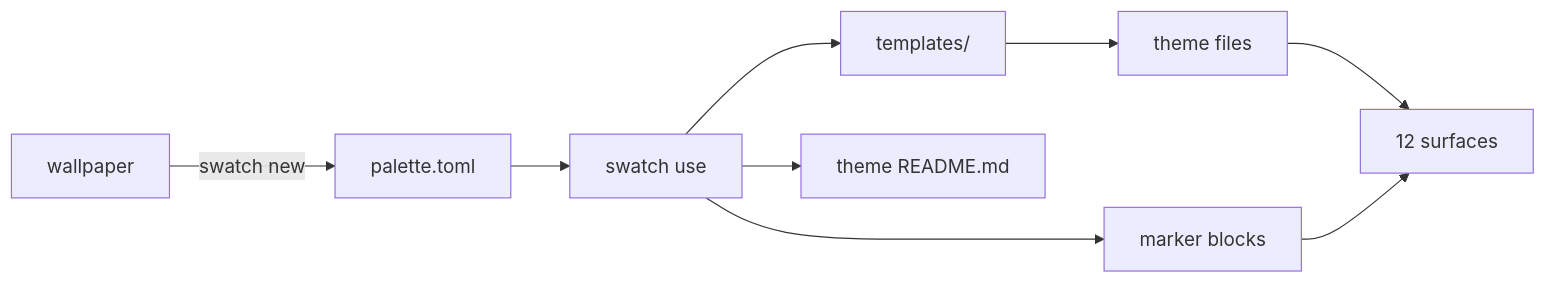
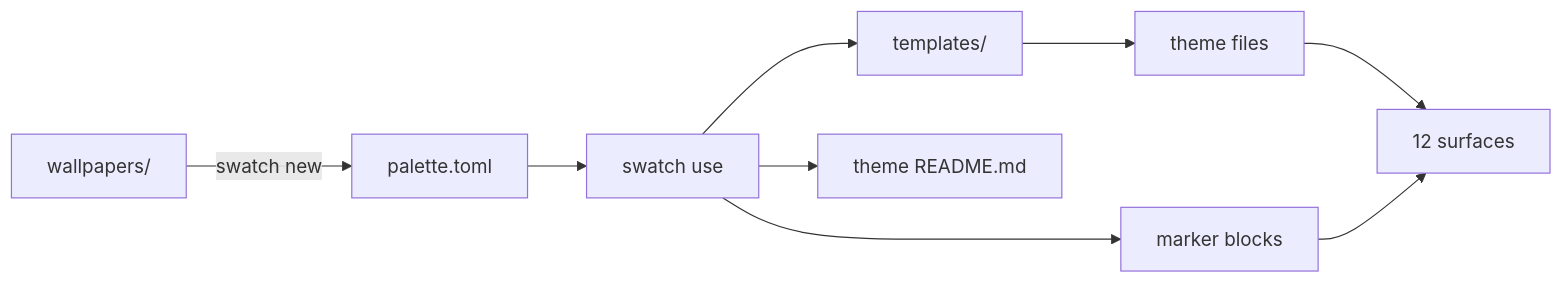
Before and after one commit to nitrimandylis/swatch: the diagram in README.md, drawn with Mermaid. The commit also changed other lines of this file and 4 other files, not shown here.

````diff
--- a/README.md
+++ b/README.md
@@ -132,11 +158,11 @@
 ```mermaid
 flowchart LR
-    W[wallpaper] -->|swatch new| P[palette.toml]
+    W[wallpapers/] -->|swatch new| P[palette.toml]
     P --> R[swatch use]
     R --> T[templates/]
     T --> F[theme files]
     R --> M[marker blocks]
     F --> A[12 surfaces]
     M --> A
     R --> D[theme README.md]
 ```
````
